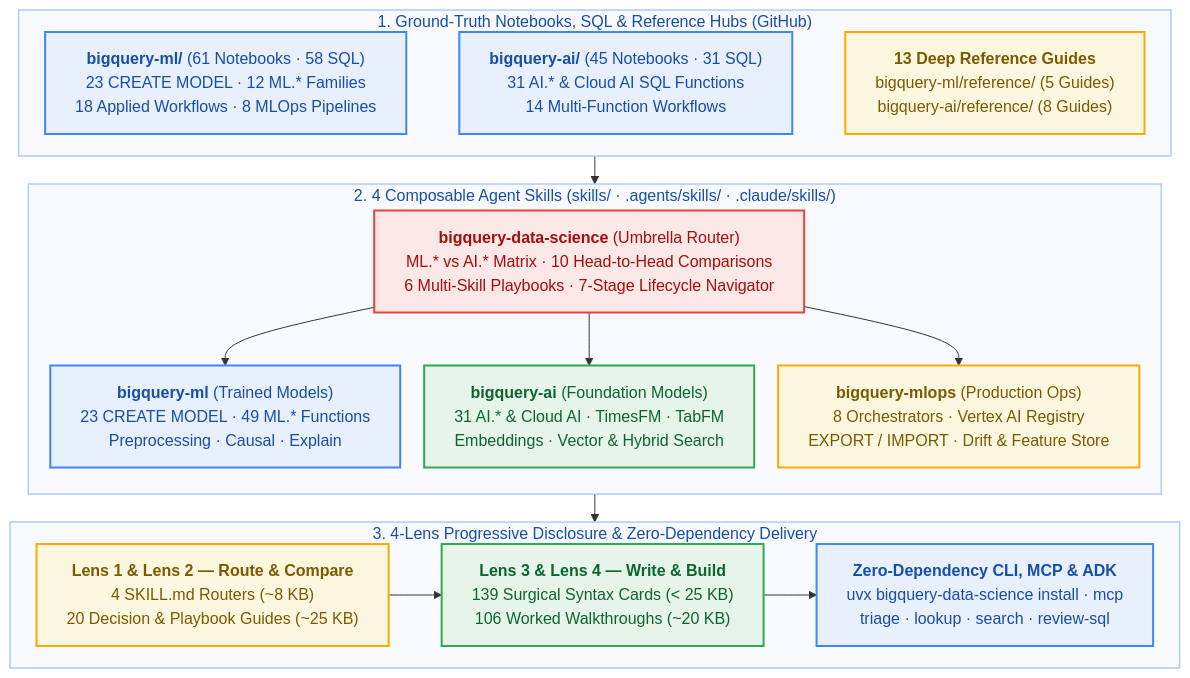
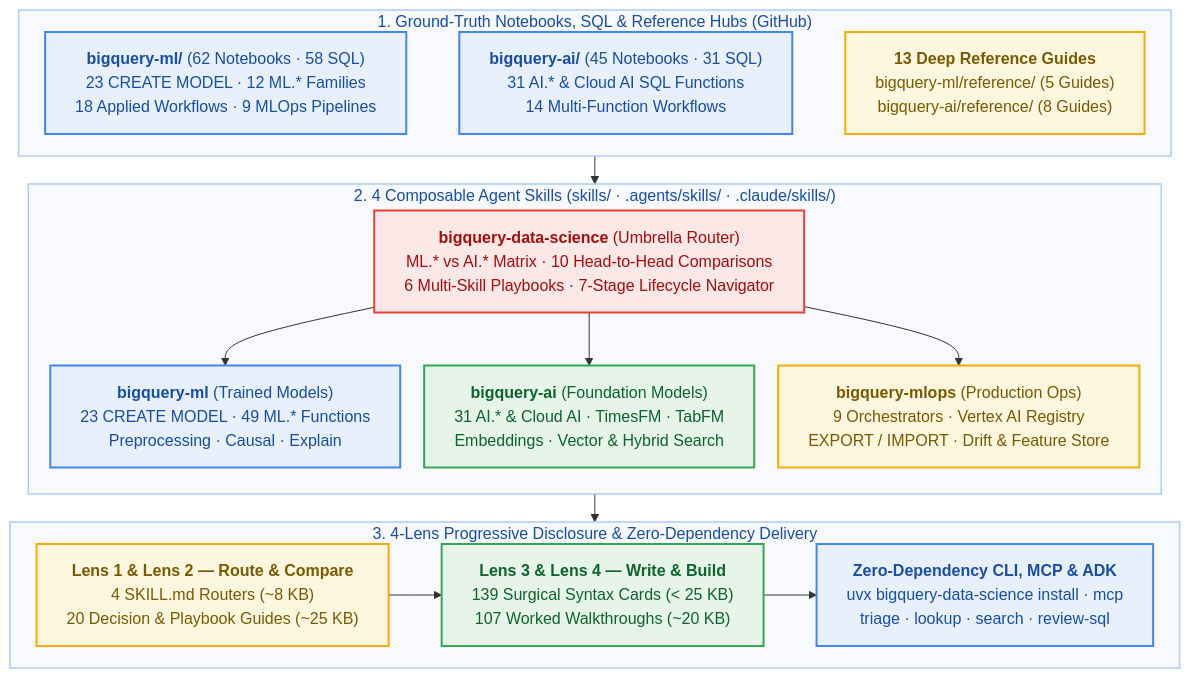
One commit to statmike/bigquery-data-science changed the diagram in README.md. Above: the diagram before and after it, drawn with Mermaid. The commit also changed other lines of this file and 17 other files, not shown here.

Commit message:
feat(bigquery-ml): add 9th pipeline bigquery_pipelines with unit tests, notebook tasks, and dataform cross-reference (P8.1)

````diff
--- a/README.md
+++ b/README.md
@@ -16,45 +16,45 @@
 ```mermaid
 %%{init: {'flowchart': {'wrappingWidth': 380, 'nodeSpacing': 24, 'rankSpacing': 28}}}%%
 flowchart TD
     subgraph GT["1. Ground-Truth Notebooks, SQL & Reference Hubs (GitHub)"]
         direction LR
-        BQML["<b>bigquery-ml/</b> (61 Notebooks · 58 SQL)<br/>23 CREATE MODEL · 12 ML.* Families<br/>18 Applied Workflows · 8 MLOps Pipelines"]
+        BQML["<b>bigquery-ml/</b> (62 Notebooks · 58 SQL)<br/>23 CREATE MODEL · 12 ML.* Families<br/>18 Applied Workflows · 9 MLOps Pipelines"]
         BQAI["<b>bigquery-ai/</b> (45 Notebooks · 31 SQL)<br/>31 AI.* & Cloud AI SQL Functions<br/>14 Multi-Function Workflows"]
         REFS["<b>13 Deep Reference Guides</b><br/>bigquery-ml/reference/ (5 Guides)<br/>bigquery-ai/reference/ (8 Guides)"]
         BQML ~~~ BQAI ~~~ REFS
     end
 
     subgraph SKILLS["2. 4 Composable Agent Skills (skills/ · .agents/skills/ · .claude/skills/)"]
         direction TB
         ROUTER["<b>bigquery-data-science</b> (Umbrella Router)<br/>ML.* vs AI.* Matrix · 10 Head-to-Head Comparisons<br/>6 Multi-Skill Playbooks · 7-Stage Lifecycle Navigator"]
         S_ML["<b>bigquery-ml</b> (Trained Models)<br/>23 CREATE MODEL · 49 ML.* Functions<br/>Preprocessing · Causal · Explain"]
         S_AI["<b>bigquery-ai</b> (Foundation Models)<br/>31 AI.* & Cloud AI · TimesFM · TabFM<br/>Embeddings · Vector & Hybrid Search"]
-        S_OPS["<b>bigquery-mlops</b> (Production Ops)<br/>8 Orchestrators · Vertex AI Registry<br/>EXPORT / IMPORT · Drift & Feature Store"]
+        S_OPS["<b>bigquery-mlops</b> (Production Ops)<br/>9 Orchestrators · Vertex AI Registry<br/>EXPORT / IMPORT · Drift & Feature Store"]
         ROUTER --> S_ML
         ROUTER --> S_AI
         ROUTER --> S_OPS
     end
 
     subgraph LENS["3. 4-Lens Progressive Disclosure & Zero-Dependency Delivery"]
         direction LR
         L12["<b>Lens 1 & Lens 2 — Route & Compare</b><br/>4 SKILL.md Routers (~8 KB)<br/>20 Decision & Playbook Guides (~25 KB)"]
-        L34["<b>Lens 3 & Lens 4 — Write & Build</b><br/>139 Surgical Syntax Cards (< 25 KB)<br/>106 Worked Walkthroughs (~20 KB)"]
+        L34["<b>Lens 3 & Lens 4 — Write & Build</b><br/>139 Surgical Syntax Cards (< 25 KB)<br/>107 Worked Walkthroughs (~20 KB)"]
         DELIV["<b>Zero-Dependency CLI, MCP & ADK</b><br/>uvx bigquery-data-science install · mcp<br/>triage · lookup · search · review-sql"]
         L12 --> L34 --> DELIV
     end
 
     GT --> SKILLS --> LENS
 
     style GT fill:#F8FAFF,stroke:#AECBFA,stroke-width:1.5px,color:#174EA6
     style SKILLS fill:#F8FAFF,stroke:#AECBFA,stroke-width:1.5px,color:#174EA6
     style LENS fill:#F8FAFF,stroke:#AECBFA,stroke-width:1.5px,color:#174EA6
 
     classDef data fill:#E8F0FE,stroke:#4285F4,stroke-width:2px,color:#174EA6
     classDef config fill:#FEF7E0,stroke:#F9AB00,stroke-width:2px,color:#7A5A00
     classDef route fill:#FCE8E6,stroke:#EA4335,stroke-width:2px,color:#A50E0E
     classDef compute fill:#E6F4EA,stroke:#34A853,stroke-width:2px,color:#0D652D
     class BQML,BQAI,S_ML,DELIV data
     class REFS,S_OPS,L12 config
     class ROUTER route
     class S_AI,L34 compute
 ```
````
